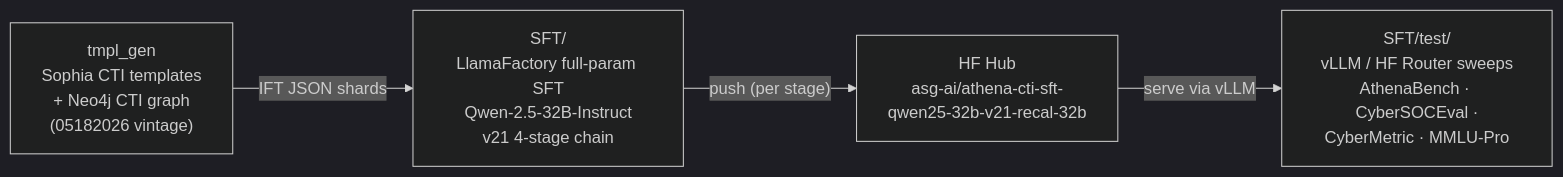
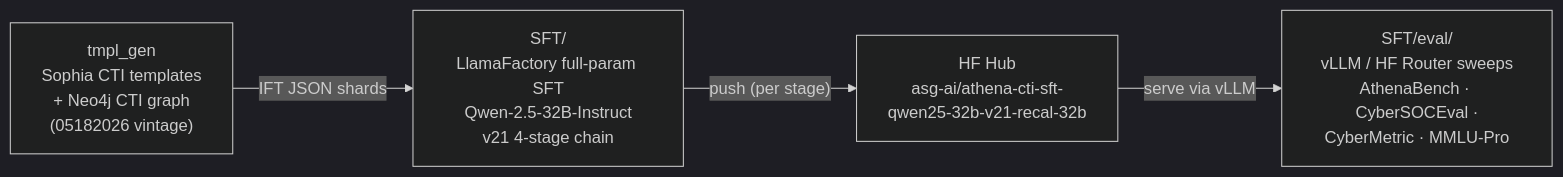
The diagram in SFT/README.md (Athena-Software-Group/Glaukopis), drawn with Mermaid (dark theme) before and after one commit. The commit also changed other lines of this file and 681 other files, not shown here.

````diff
--- a/SFT/README.md
+++ b/SFT/README.md
@@ -28,10 +28,10 @@
 ```mermaid
 flowchart LR
     A["tmpl_gen<br/>Sophia CTI templates<br/>+ Neo4j CTI graph<br/>(05182026 vintage)"]
     B["SFT/<br/>LlamaFactory full-param SFT<br/>Qwen-2.5-32B-Instruct<br/>v21 4-stage chain"]
     C["HF Hub<br/>asg-ai/athena-cti-sft-<br/>qwen25-32b-v21-recal-32b"]
-    D["SFT/test/<br/>vLLM / HF Router sweeps<br/>AthenaBench · CyberSOCEval ·<br/>CyberMetric · MMLU-Pro"]
+    D["SFT/eval/<br/>vLLM / HF Router sweeps<br/>AthenaBench · CyberSOCEval ·<br/>CyberMetric · MMLU-Pro"]
     A -- "IFT JSON shards" --> B
     B -- "push (per stage)" --> C
     C -- "serve via vLLM" --> D
 ```
````
